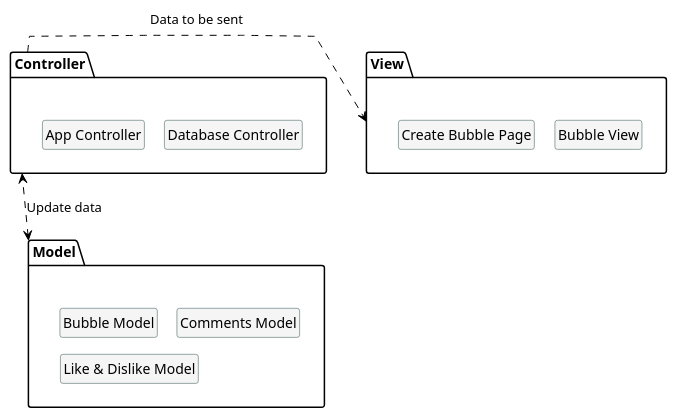
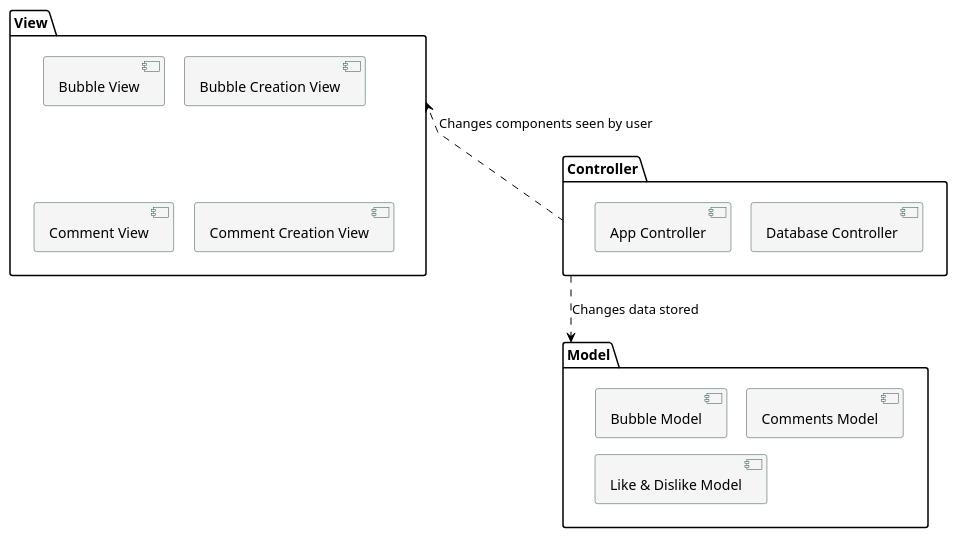
The diagram in UML/logicalArchitecture.puml (up201806330/Retrospective-Wall), drawn with PlantUML before and after one commit. The commit also changed 2 other files, not shown here.

```diff
--- a/UML/logicalArchitecture.puml
+++ b/UML/logicalArchitecture.puml
@@ -1,29 +1,33 @@
 @startuml logicalArchitecture
 skinparam linetype polyline
 skinparam ranksep 10
 skinparam nodesep 20
-skinparam classBackgroundColor WhiteSmoke
-skinparam classBorderColor DarkSlateGrey
+skinparam componentBackgroundColor WhiteSmoke
+skinparam componentBorderColor DarkSlateGrey
+skinparam componentFontColor Black
 skinparam ArrowColor Black
 hide members
 hide circles
 
 package Controller{
-    class "Database Controller"
-    class "App Controller"
+    component "Database Controller"
+    component "App Controller"
 }
 package Model{
-    class "Bubble Model"    
-    class "Comments Model"
-    class "Like & Dislike Model"
+    component "Bubble Model"    
+    component "Comments Model"
+    component "Like & Dislike Model"
 }
 package View{
-    class "Bubble View"
-    class "Create Bubble Page"
+    component "Bubble View"
+    component "Bubble Creation View"
+    component "Comment View"
+    component "Comment Creation View"
 }
 
+View -[hidden]->Controller
 Controller -[hidden]->Model
-Model <.up.> Controller : Update data
-Controller .right.> View : Data to be sent
+Model <.. Controller : Changes data stored
+Controller .left.> View : Changes components seen by user
 
 @enduml
```
